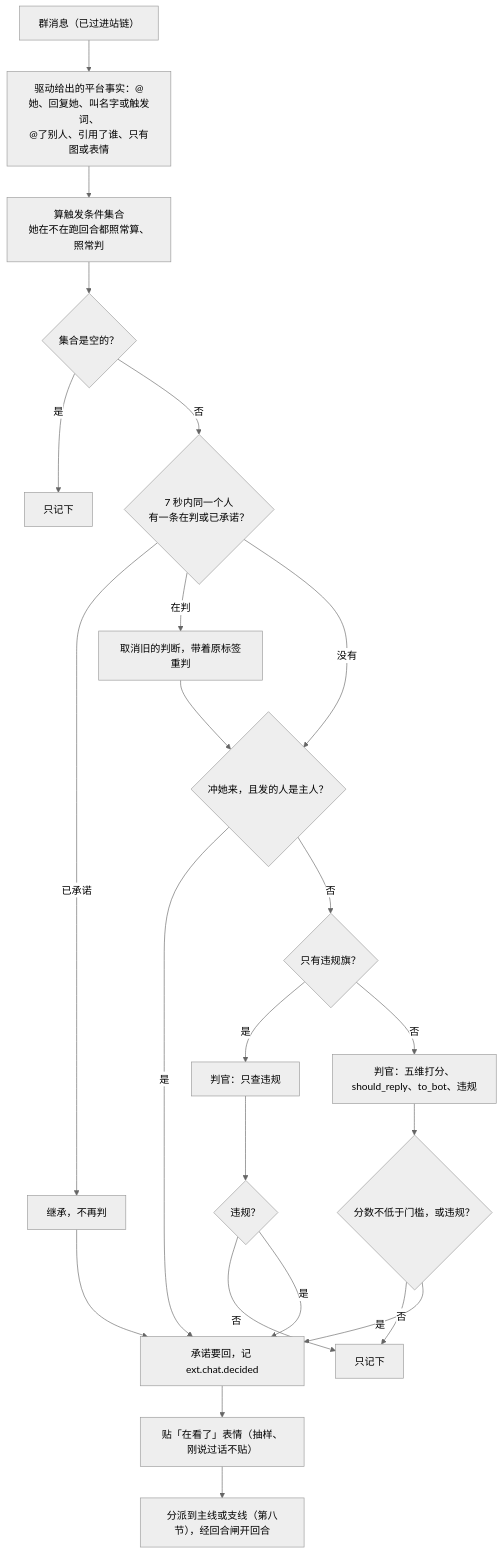
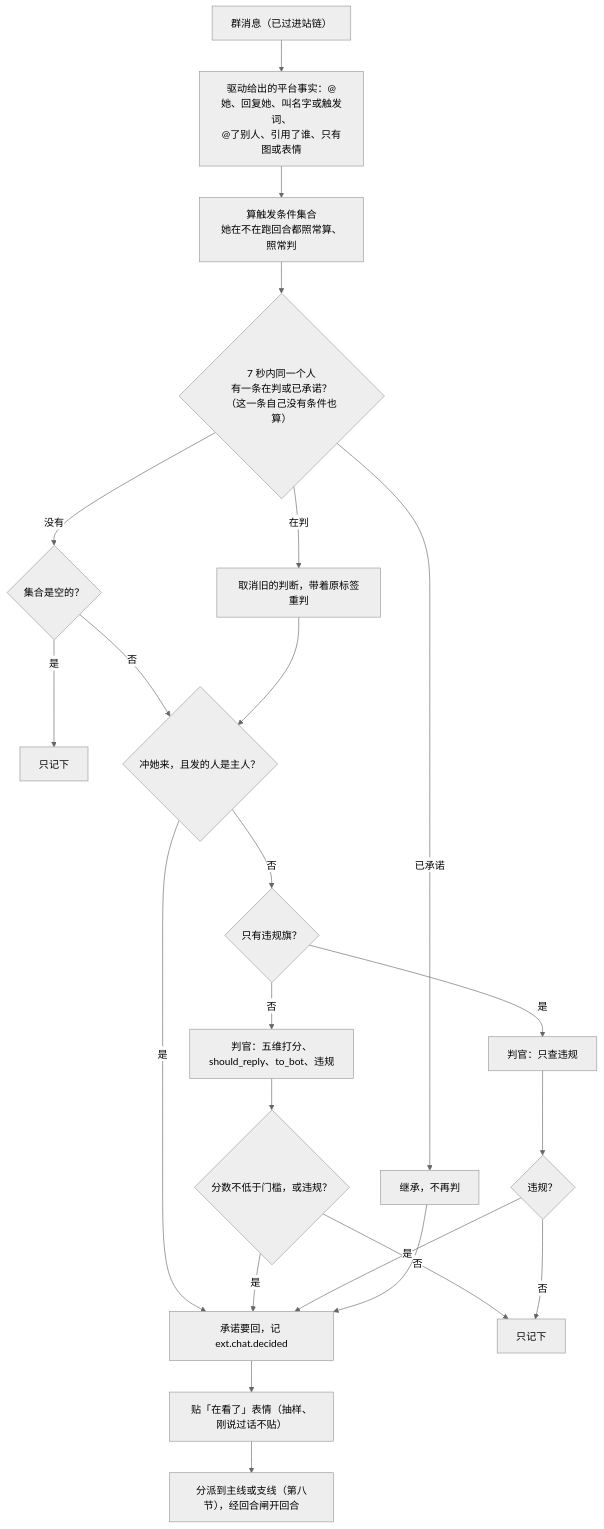
The third of 6 diagrams in docs/designs/18-通讯平台.md (SHORiN-KiWATA/miyu-agent-remake), drawn with Mermaid (neutral theme) before and after one commit. The commit also changed other lines of this file and 7 other files, not shown here.

````diff
--- a/docs/designs/18-通讯平台.md
+++ b/docs/designs/18-通讯平台.md
@@ -300,25 +300,25 @@
 ```mermaid
 flowchart TB
     msg["群消息（已过进站链）"] --> facts["驱动给出的平台事实：@她、回复她、叫名字或触发词、<br/>@了别人、引用了谁、只有图或表情"]
     facts --> set["算触发条件集合<br/>她在不在跑回合都照常算、照常判"]
-    set --> empty{"集合是空的？"}
-    empty -- "是" --> rec1["只记下"]
-    empty -- "否" --> sup{"7 秒内同一个人<br/>有一条在判或已承诺？"}
+    set --> sup{"7 秒内同一个人<br/>有一条在判或已承诺？<br/>（这一条自己没有条件也算）"}
     sup -- "已承诺" --> inherit["继承，不再判"]
     sup -- "在判" --> cancel["取消旧的判断，带着原标签重判"]
-    sup -- "没有" --> owner
+    sup -- "没有" --> empty{"集合是空的？"}
+    empty -- "是" --> rec1["只记下"]
+    empty -- "否" --> owner
     cancel --> owner{"冲她来，且发的人是主人？"}
     owner -- "是" --> commit
     owner -- "否" --> only{"只有违规旗？"}
     only -- "是" --> modj["判官：只查违规"]
     only -- "否" --> judge["判官：五维打分、should_reply、to_bot、违规"]
     judge --> pass{"分数不低于门槛，或违规？"}
     modj --> viol{"违规？"}
     pass -- "否" --> rec2["只记下"]
     viol -- "否" --> rec2
     pass -- "是" --> commit["承诺要回，记 ext.chat.decided"]
     viol -- "是" --> commit
     inherit --> commit
     commit --> react["贴「在看了」表情（抽样、刚说过话不贴）"]
     react --> disp["分派到主线或支线（第八节），经回合闸开回合"]
 ```
````
